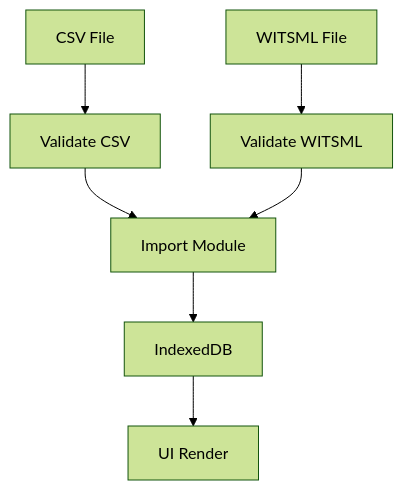
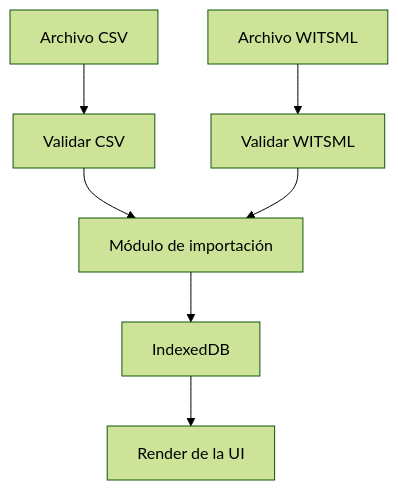
The second of 4 diagrams in README.md (DeployModeIO/integritywatch-field), drawn with Mermaid (forest theme) before and after one commit. The commit also changed other lines of this file and 4 other files, not shown here.

````diff
--- a/README.md
+++ b/README.md
@@ -118,9 +118,9 @@
 ```mermaid
 flowchart TB
-    A[CSV File] --> B[Validate CSV]
-    C[WITSML File] --> D[Validate WITSML]
-    B --> E[Import Module]
+    A[Archivo CSV] --> B[Validar CSV]
+    C[Archivo WITSML] --> D[Validar WITSML]
+    B --> E[Módulo de importación]
     D --> E
     E --> F[IndexedDB]
-    F --> G[UI Render]
+    F --> G[Render de la UI]
 ```
````
